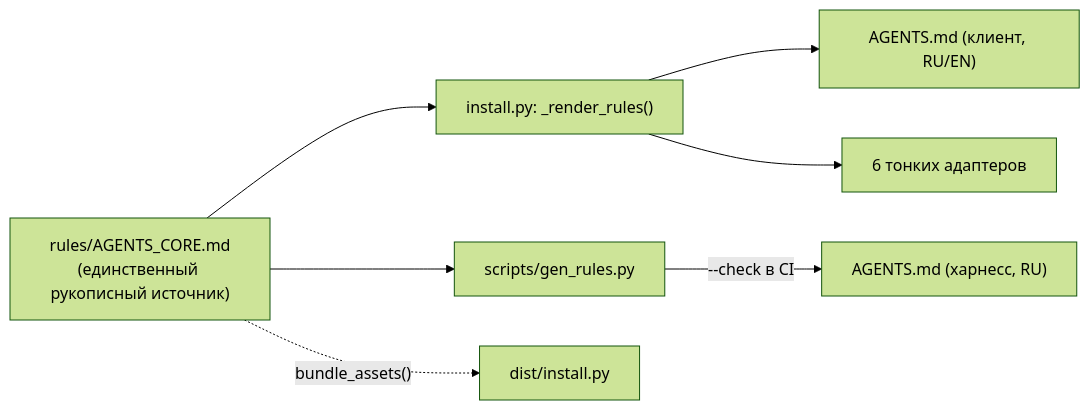
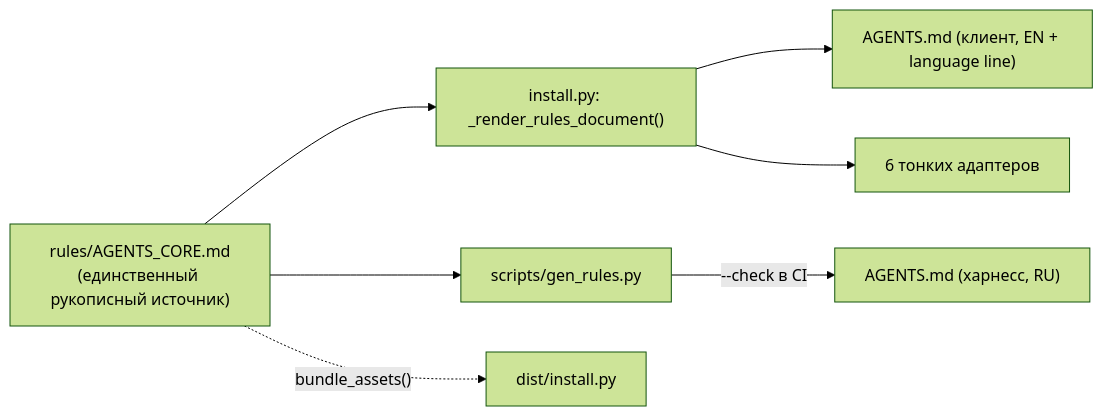
Before and after one commit to koudinie101-png/agent-docs-harness: the diagram in docs/02_Tasks/Plans/PLAN-022-single-source-rule-compiler.md, drawn with Mermaid (forest theme). The commit also changed other lines of this file and 6 other files, not shown here.

````diff
--- a/docs/02_Tasks/Plans/PLAN-022-single-source-rule-compiler.md
+++ b/docs/02_Tasks/Plans/PLAN-022-single-source-rule-compiler.md
@@ -92,9 +104,9 @@
 ```mermaid
 graph LR
-    A["rules/AGENTS_CORE.md<br/>(единственный рукописный источник)"] --> B["install.py: _render_rules()"]
+    A["rules/AGENTS_CORE.md<br/>(единственный рукописный источник)"] --> B["install.py: _render_rules_document()"]
     A --> C["scripts/gen_rules.py"]
     C -->|"--check в CI"| D["AGENTS.md (харнесс, RU)"]
-    B --> E["AGENTS.md (клиент, RU/EN)"]
+    B --> E["AGENTS.md (клиент, EN + language line)"]
     B --> F["6 тонких адаптеров"]
     A -.->|"bundle_assets()"| G["dist/install.py"]
 ```
````
